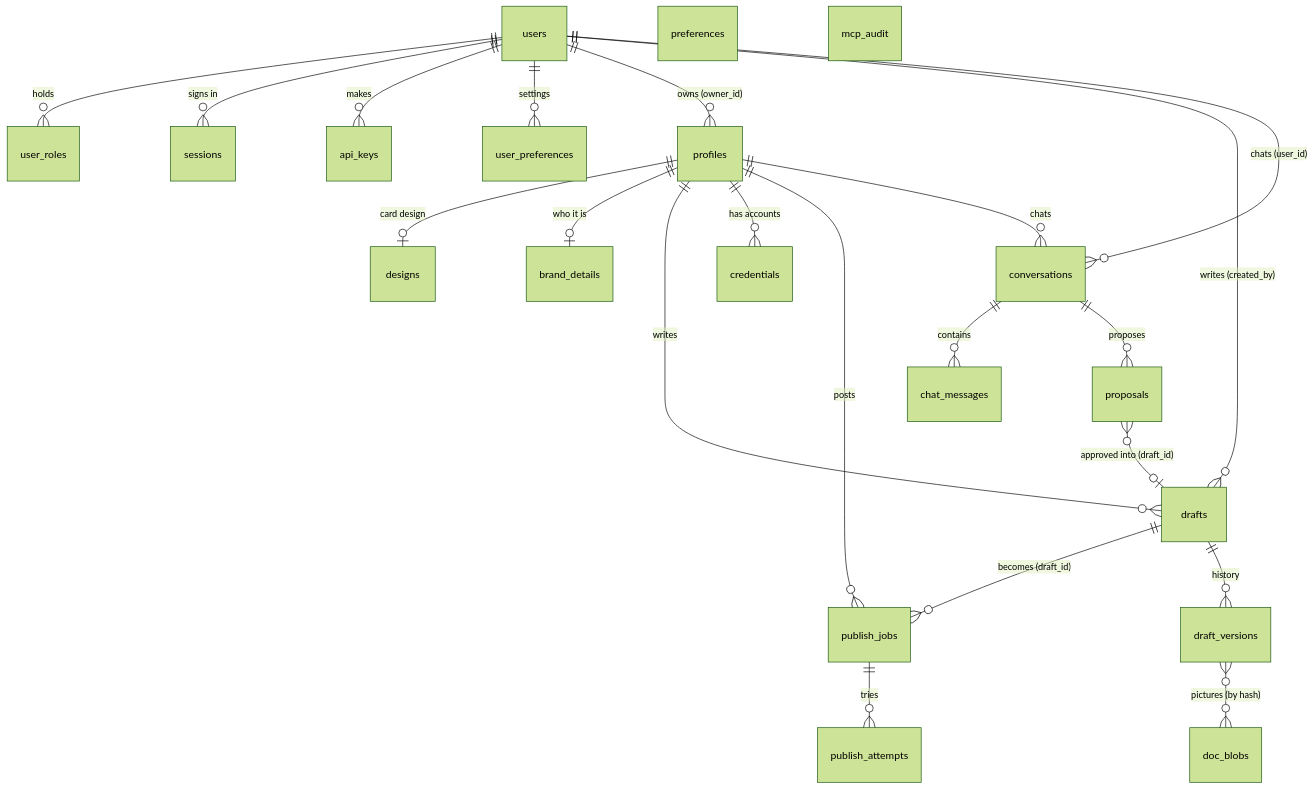
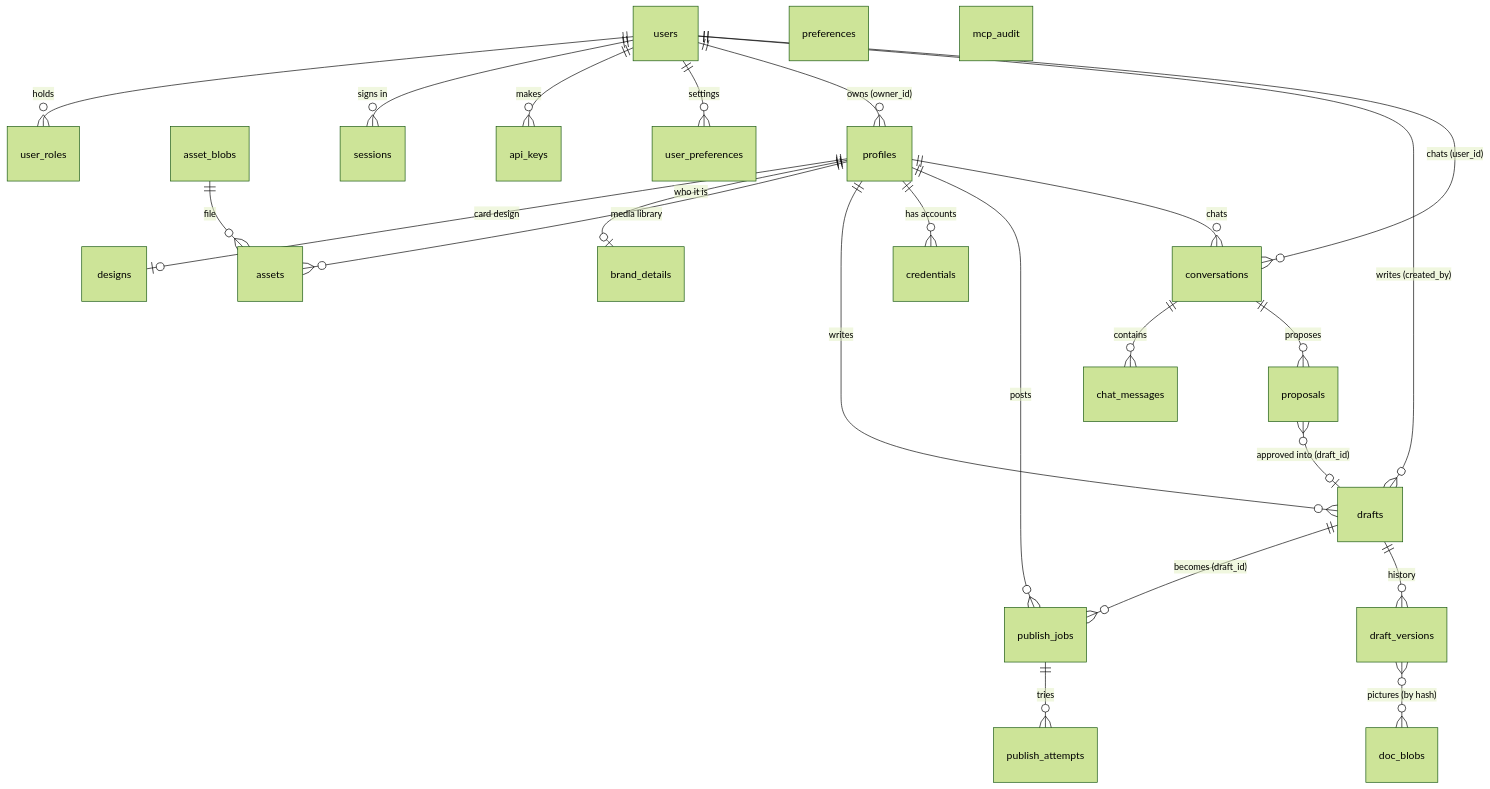
The first of 2 diagrams in docs/data-model.md (senthilsweb/cardpress), drawn with Mermaid (forest theme) before and after one commit. The commit also changed other lines of this file and 25 other files, not shown here.

Commit message:
Media library, part 1: storage, API and the Media page

````diff
--- a/docs/data-model.md
+++ b/docs/data-model.md
@@ -16,25 +16,27 @@
 ```mermaid
 erDiagram
     profiles ||--o| designs : "card design"
     profiles ||--o| brand_details : "who it is"
+    profiles ||--o{ assets : "media library"
+    asset_blobs ||--o{ assets : "file"
     profiles ||--o{ drafts : writes
     profiles ||--o{ credentials : "has accounts"
     profiles ||--o{ publish_jobs : posts
     profiles ||--o{ conversations : chats
     drafts ||--o{ publish_jobs : "becomes (draft_id)"
     publish_jobs ||--o{ publish_attempts : "tries"
     conversations ||--o{ chat_messages : contains
     conversations ||--o{ proposals : "proposes"
     proposals }o--o| drafts : "approved into (draft_id)"
     drafts ||--o{ draft_versions : "history"
     draft_versions }o--o{ doc_blobs : "pictures (by hash)"
     users ||--o{ user_roles : "holds"
     users ||--o{ sessions : "signs in"
     users ||--o{ api_keys : "makes"
     users ||--o{ user_preferences : "settings"
     users ||--o{ profiles : "owns (owner_id)"
     users ||--o{ drafts : "writes (created_by)"
     users ||--o{ conversations : "chats (user_id)"
     preferences
     mcp_audit
 ```
````
